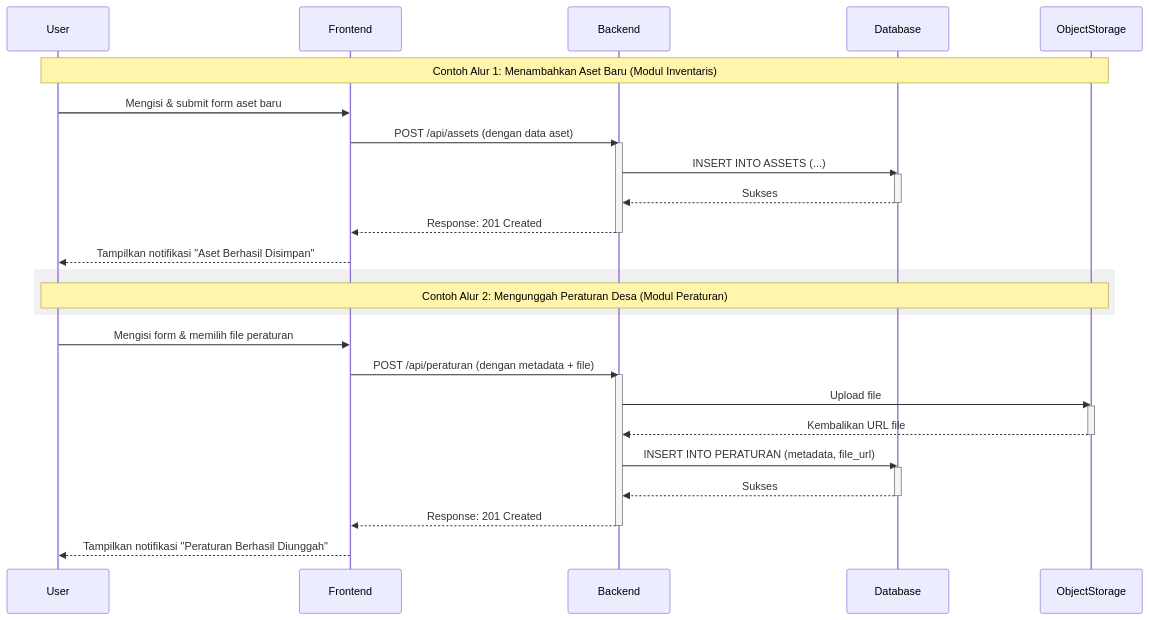
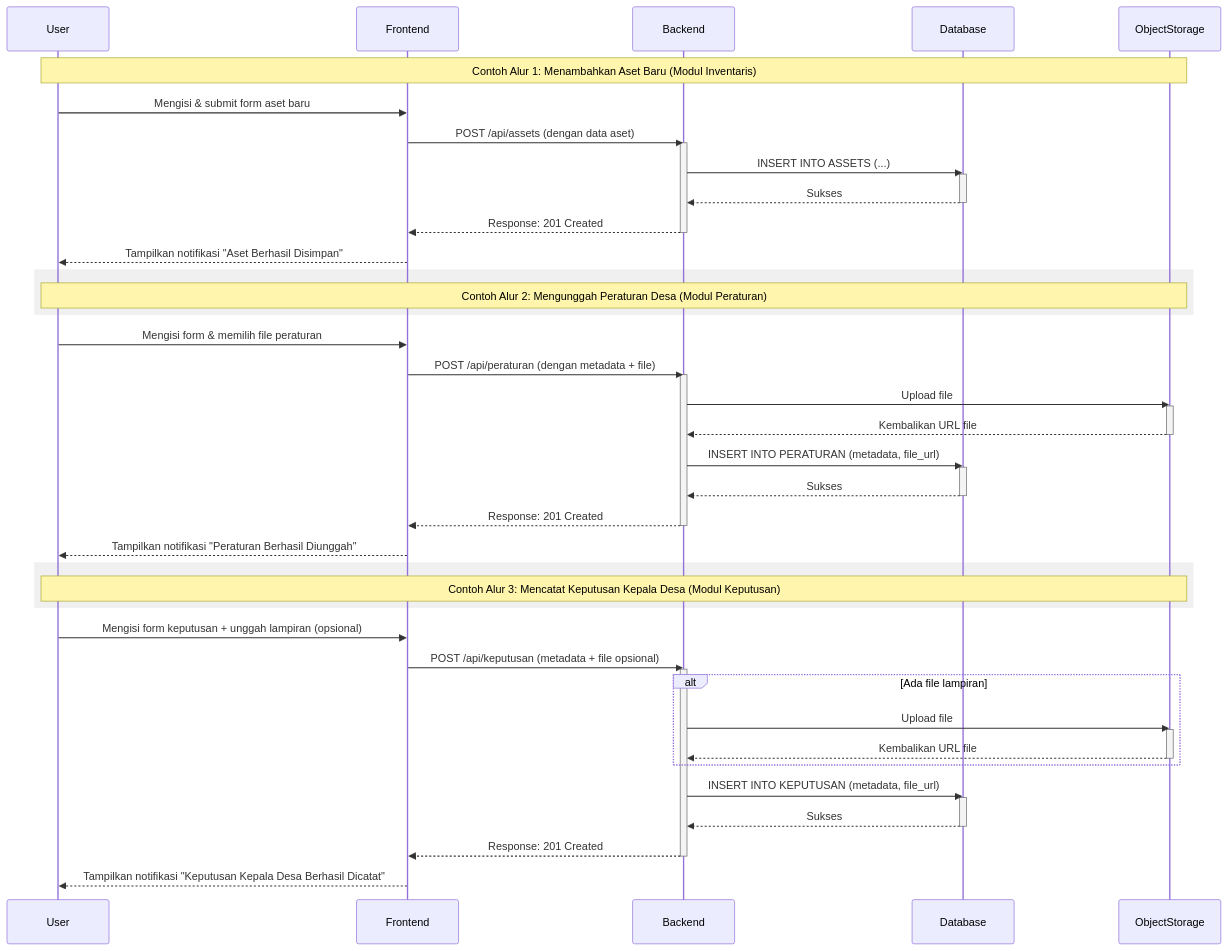
The diagram in README.md (sultandevin/desa), drawn with Mermaid before and after one commit. The commit also changed other lines of this file, not shown here.

Commit message:
Update README.md devin

````diff
--- a/README.md
+++ b/README.md
@@ -24,45 +24,70 @@
 ```mermaid
 sequenceDiagram
     participant User
     participant Frontend
     participant Backend
     participant Database
     participant ObjectStorage
 
     Note over User, ObjectStorage: Contoh Alur 1: Menambahkan Aset Baru (Modul Inventaris)
 
     User->>Frontend: Mengisi & submit form aset baru
     Frontend->>Backend: POST /api/assets (dengan data aset)
     activate Backend
     Backend->>Database: INSERT INTO ASSETS (...)
     activate Database
     Database-->>Backend: Sukses
     deactivate Database
     Backend-->>Frontend: Response: 201 Created
     deactivate Backend
     Frontend-->>User: Tampilkan notifikasi "Aset Berhasil Disimpan"
 
     %% Spasi untuk memisahkan alur
     rect rgb(240, 240, 240)
         Note over User, ObjectStorage: Contoh Alur 2: Mengunggah Peraturan Desa (Modul Peraturan)
     end
 
 
     User->>Frontend: Mengisi form & memilih file peraturan
     Frontend->>Backend: POST /api/peraturan (dengan metadata + file)
     activate Backend
 
     Backend->>ObjectStorage: Upload file
     activate ObjectStorage
     ObjectStorage-->>Backend: Kembalikan URL file
     deactivate ObjectStorage
 
     Backend->>Database: INSERT INTO PERATURAN (metadata, file_url)
     activate Database
     Database-->>Backend: Sukses
     deactivate Database
 
     Backend-->>Frontend: Response: 201 Created
     deactivate Backend
     Frontend-->>User: Tampilkan notifikasi "Peraturan Berhasil Diunggah"
+
+    %% Spasi untuk memisahkan alur
+        rect rgb(240, 240, 240)
+        Note over User, ObjectStorage: Contoh Alur 3: Mencatat Keputusan Kepala Desa (Modul Keputusan)
+    end
+
+    User->>Frontend: Mengisi form keputusan + unggah lampiran (opsional)
+    Frontend->>Backend: POST /api/keputusan (metadata + file opsional)
+    activate Backend
+
+    alt Ada file lampiran
+        Backend->>ObjectStorage: Upload file
+        activate ObjectStorage
+        ObjectStorage-->>Backend: Kembalikan URL file
+        deactivate ObjectStorage
+    end
+
+    Backend->>Database: INSERT INTO KEPUTUSAN (metadata, file_url)
+    activate Database
+    Database-->>Backend: Sukses
+    deactivate Database
+
+    Backend-->>Frontend: Response: 201 Created
+    deactivate Backend
+    Frontend-->>User: Tampilkan notifikasi "Keputusan Kepala Desa Berhasil Dicatat"
 ```
````
